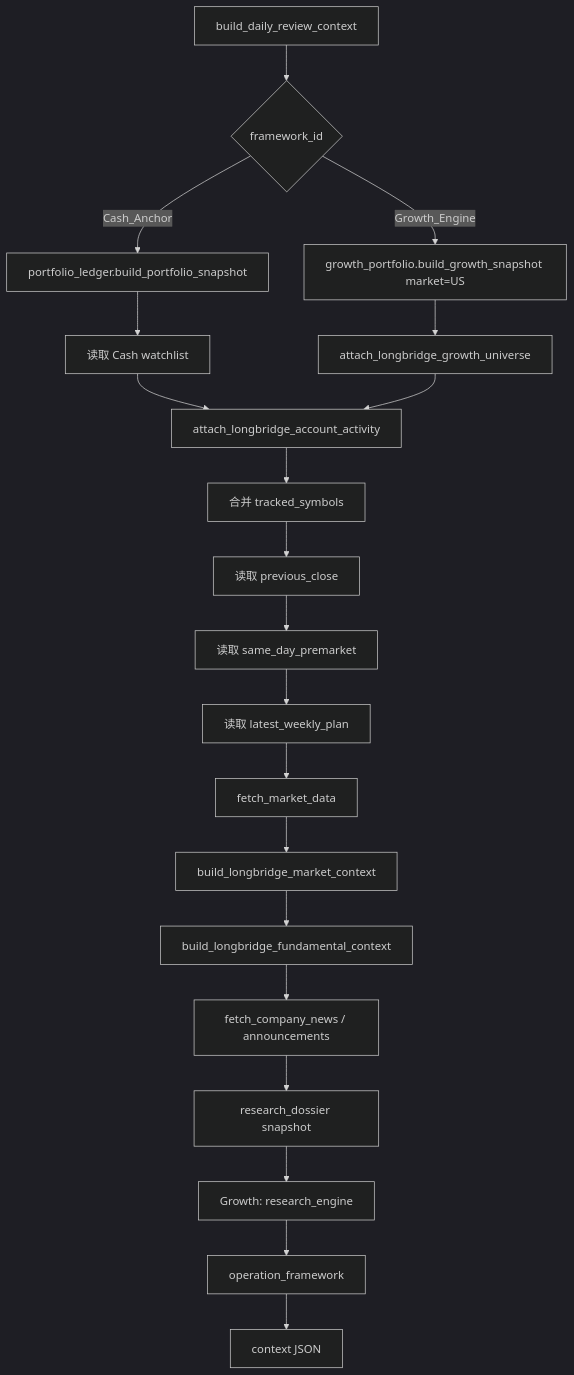
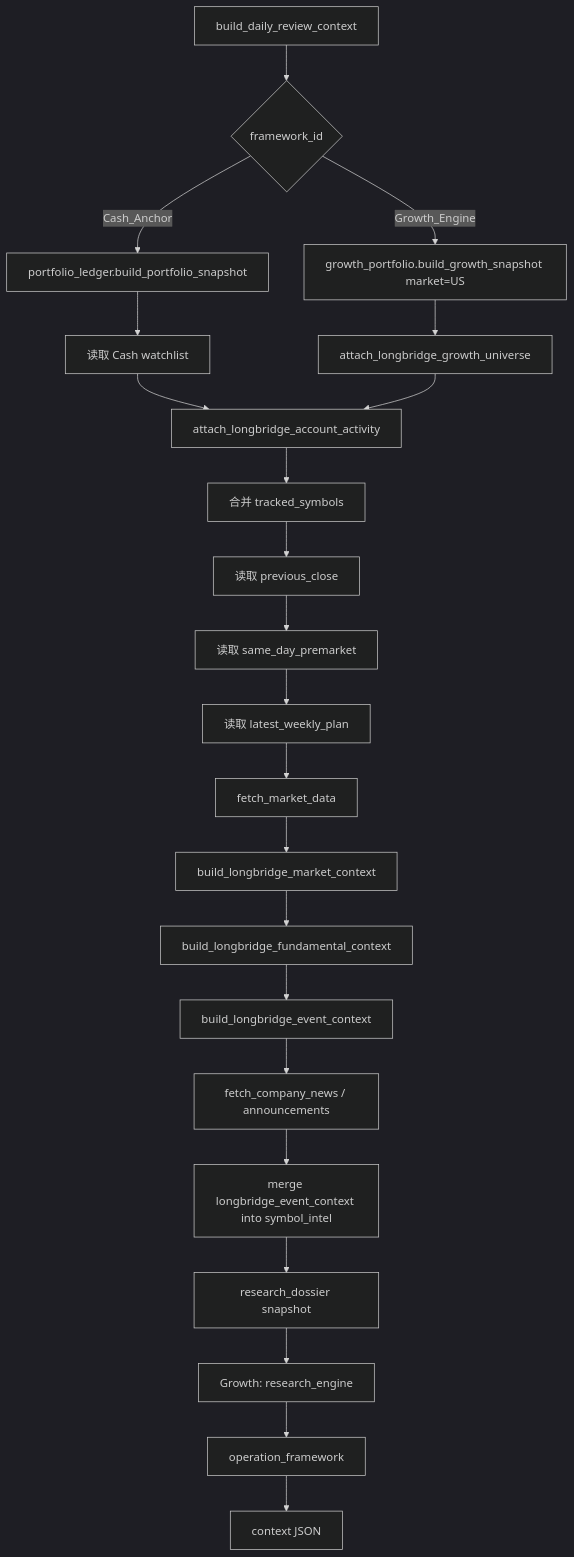
One commit to dyccodehome/private-investment-butler changed the ninth of 13 diagrams in docs/技术架构文档.md. Above: the diagram before and after it, drawn with Mermaid (dark theme). The commit also changed other lines of this file and 13 other files, not shown here.

Commit message:
Add Longbridge event context provider

````diff
--- a/docs/技术架构文档.md
+++ b/docs/技术架构文档.md
@@ -477,22 +480,24 @@
 ```mermaid
 flowchart TD
   A["build_daily_review_context"] --> B{"framework_id"}
   B -- "Cash_Anchor" --> C["portfolio_ledger.build_portfolio_snapshot"]
   B -- "Growth_Engine" --> D["growth_portfolio.build_growth_snapshot market=US"]
   C --> E["读取 Cash watchlist"]
   D --> F["attach_longbridge_growth_universe"]
   E --> GA["attach_longbridge_account_activity"]
   F --> GA
   GA --> G["合并 tracked_symbols"]
   G --> H["读取 previous_close"]
   H --> I["读取 same_day_premarket"]
   I --> J["读取 latest_weekly_plan"]
   J --> K["fetch_market_data"]
   K --> KM["build_longbridge_market_context"]
   KM --> KF["build_longbridge_fundamental_context"]
-  KF --> L["fetch_company_news / announcements"]
-  L --> M["research_dossier snapshot"]
+  KF --> KE["build_longbridge_event_context"]
+  KE --> L["fetch_company_news / announcements"]
+  L --> LM["merge longbridge_event_context into symbol_intel"]
+  LM --> M["research_dossier snapshot"]
   M --> N["Growth: research_engine"]
   N --> O["operation_framework"]
   O --> P["context JSON"]
 ```
````
